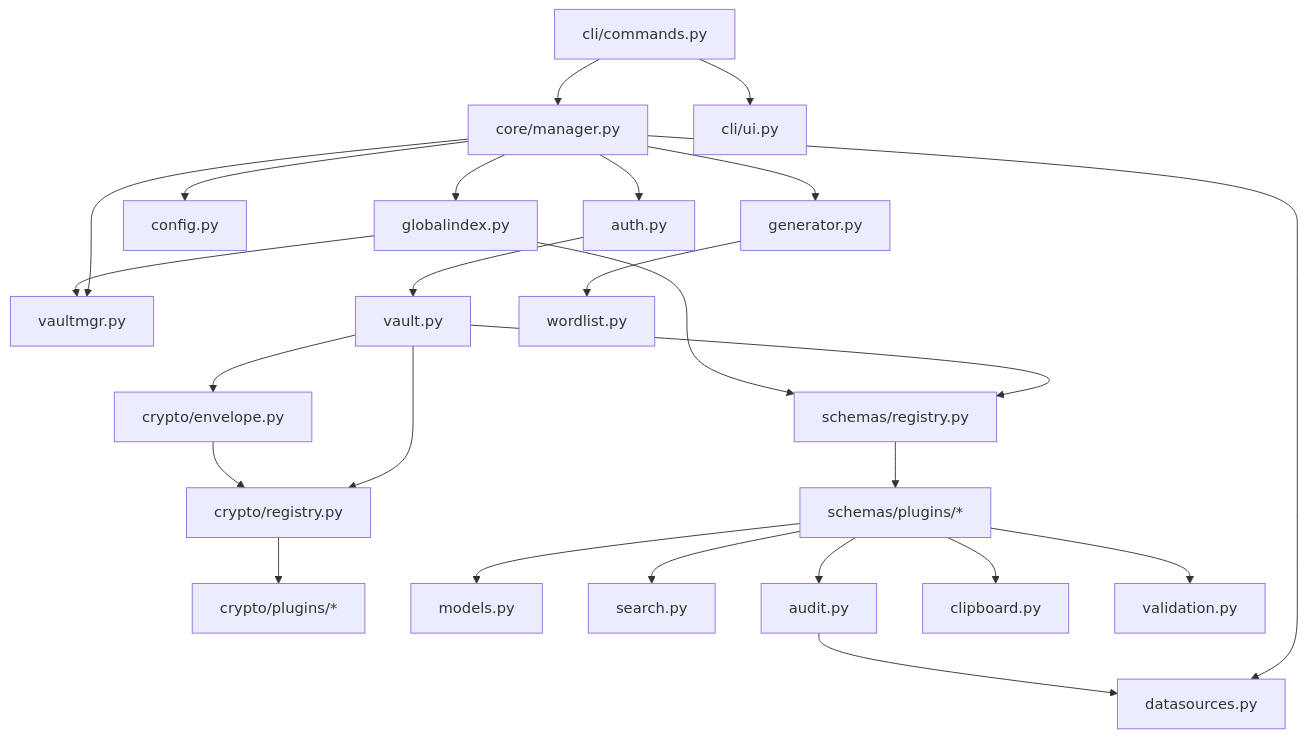
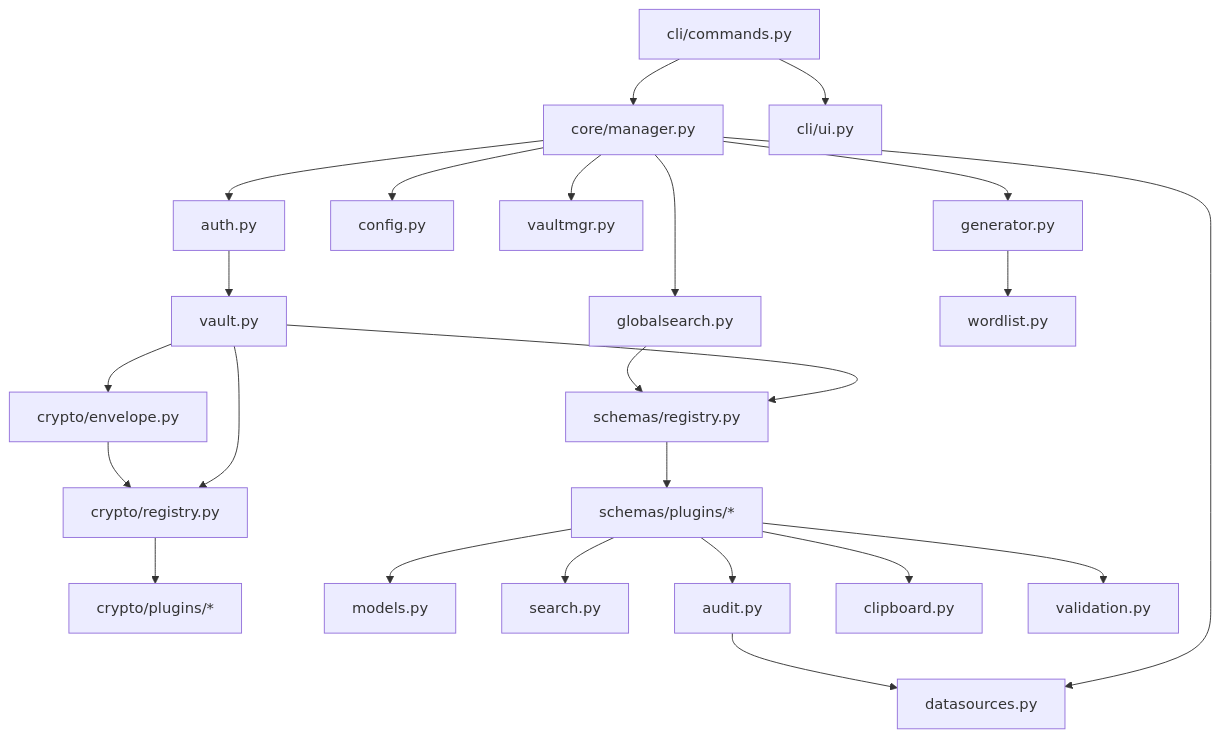
The second of 3 diagrams in docs/architecture.md (Veerabadran-M/credential-manager), drawn with Mermaid before and after one commit. The commit also changed other lines of this file and 25 other files, not shown here.

````diff
--- a/docs/architecture.md
+++ b/docs/architecture.md
@@ -189,27 +188,26 @@
 ```mermaid
 graph TD
     CLI[cli/commands.py] --> Core[core/manager.py]
     CLI --> UI[cli/ui.py]
     Core --> Auth[auth.py]
     Core --> Config[config.py]
     Core --> VaultMgr[vaultmgr.py]
     Core --> Datasources[datasources.py]
     Core --> Generator[generator.py]
-    Core --> GlobalIndex[globalindex.py]
+    Core --> GlobalSearch[globalsearch.py]
     Auth --> Vault[vault.py]
     Vault --> CryptoRegistry[crypto/registry.py]
     Vault --> SchemaRegistry[schemas/registry.py]
     CryptoRegistry --> CryptoPlugins[crypto/plugins/*]
     SchemaRegistry --> SchemaPlugins[schemas/plugins/*]
     SchemaPlugins --> Models[models.py]
     SchemaPlugins --> Search[search.py]
     SchemaPlugins --> Audit[audit.py]
     SchemaPlugins --> Clipboard[clipboard.py]
     SchemaPlugins --> Validation[validation.py]
     Generator --> Wordlist[wordlist.py]
     Audit --> Datasources
     Vault --> Envelope[crypto/envelope.py]
     Envelope --> CryptoRegistry
-    GlobalIndex --> SchemaRegistry
-    GlobalIndex --> VaultMgr
+    GlobalSearch --> SchemaRegistry
 ```
````
